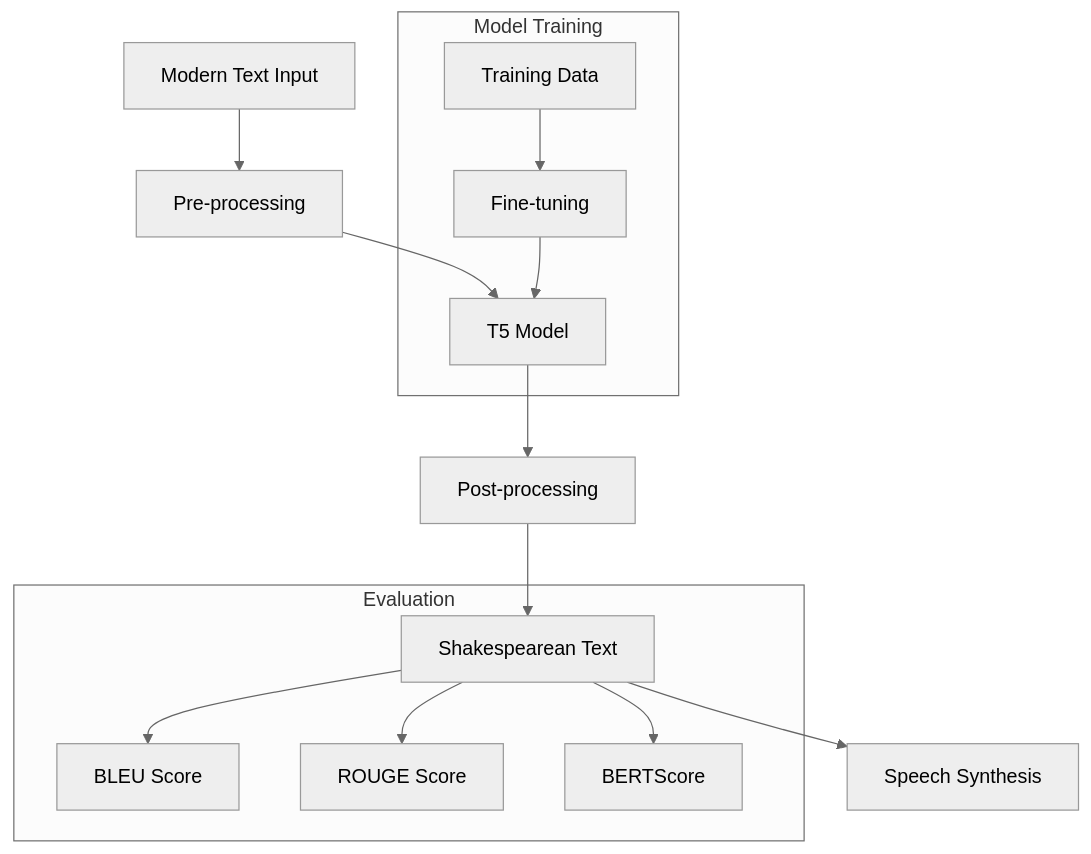
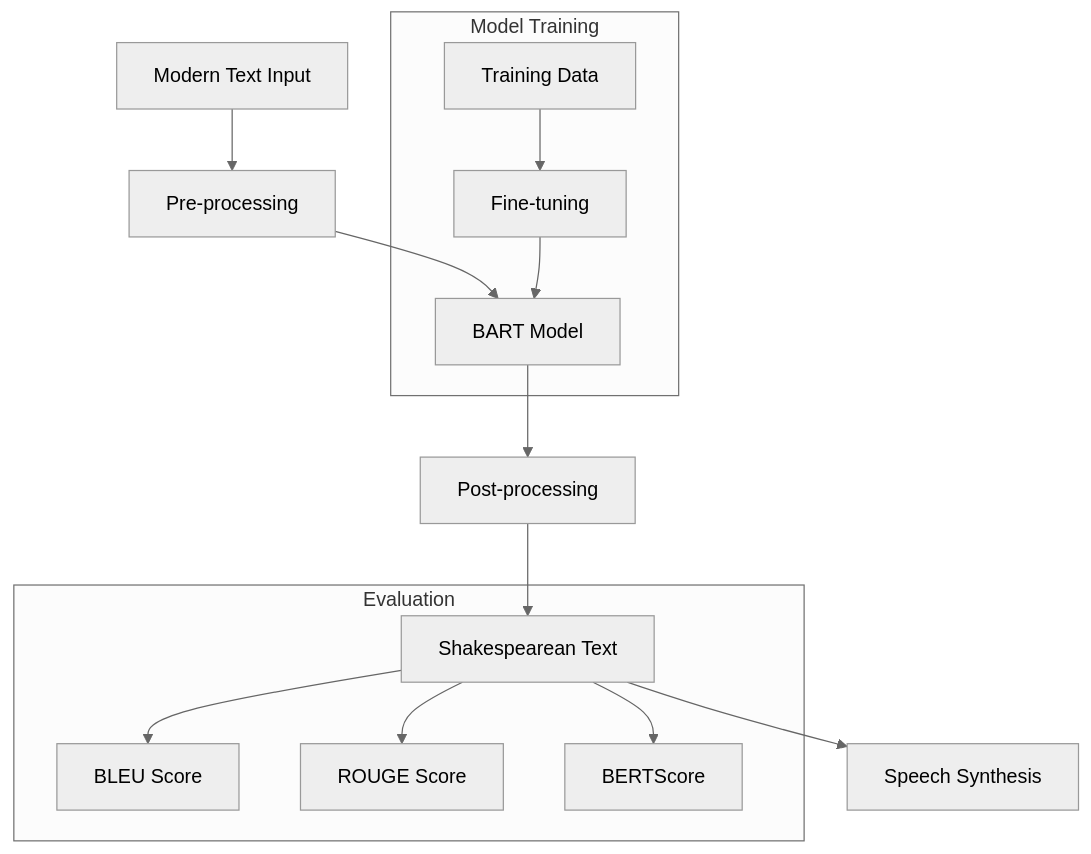
Before and after one commit to MichAdebayo/shakespearify: the diagram in README.md, drawn with Mermaid (neutral theme). The commit also changed other lines of this file, not shown here.

Commit message:
Update README.md to reflect model change from T5 to BART and enhance sample translations

````diff
--- a/README.md
+++ b/README.md
@@ -61,19 +61,19 @@
 ```mermaid
 graph TD
     A[Modern Text Input] --> B[Pre-processing]
-    B --> C[T5 Model]
+    B --> C[BART Model]
     C --> D[Post-processing]
     D --> E[Shakespearean Text]
     E --> F[Speech Synthesis]
     
     subgraph Model Training
     G[Training Data] --> H[Fine-tuning]
     H --> C
     end
     
     subgraph Evaluation
     E --> I[BLEU Score]
     E --> J[ROUGE Score]
     E --> K[BERTScore]
     end
 ```
````
